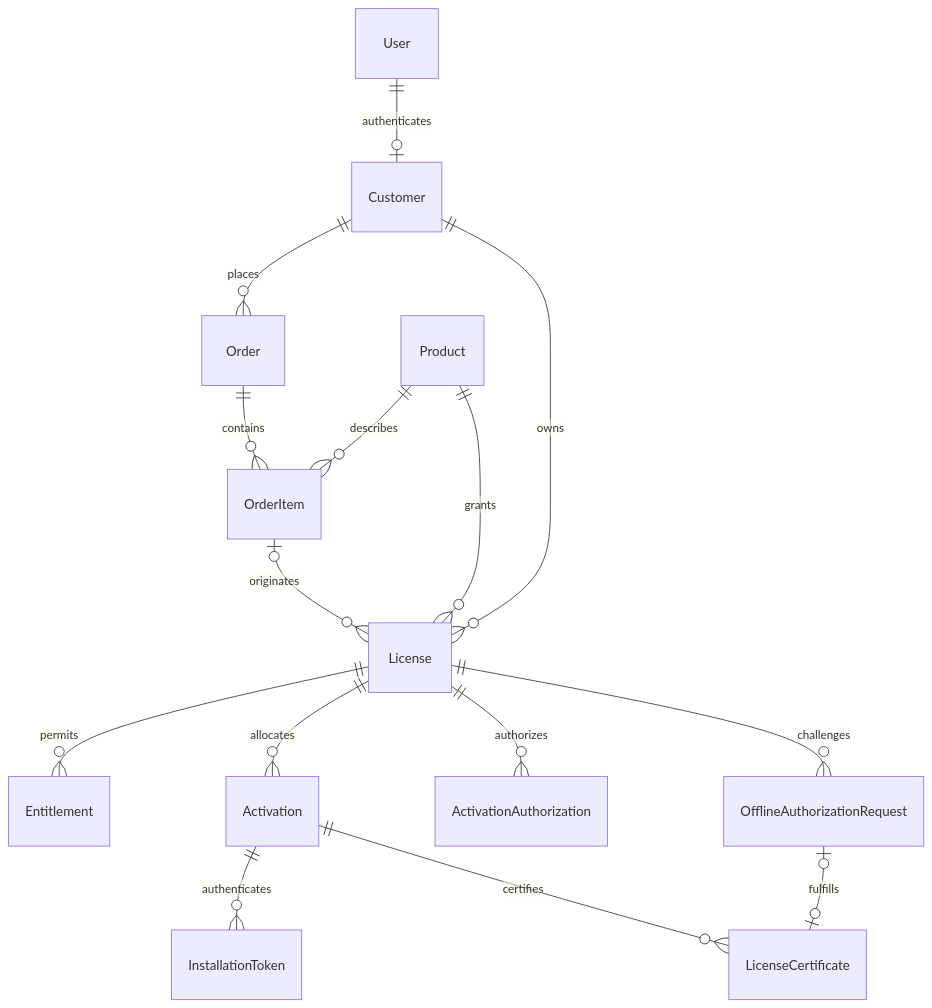
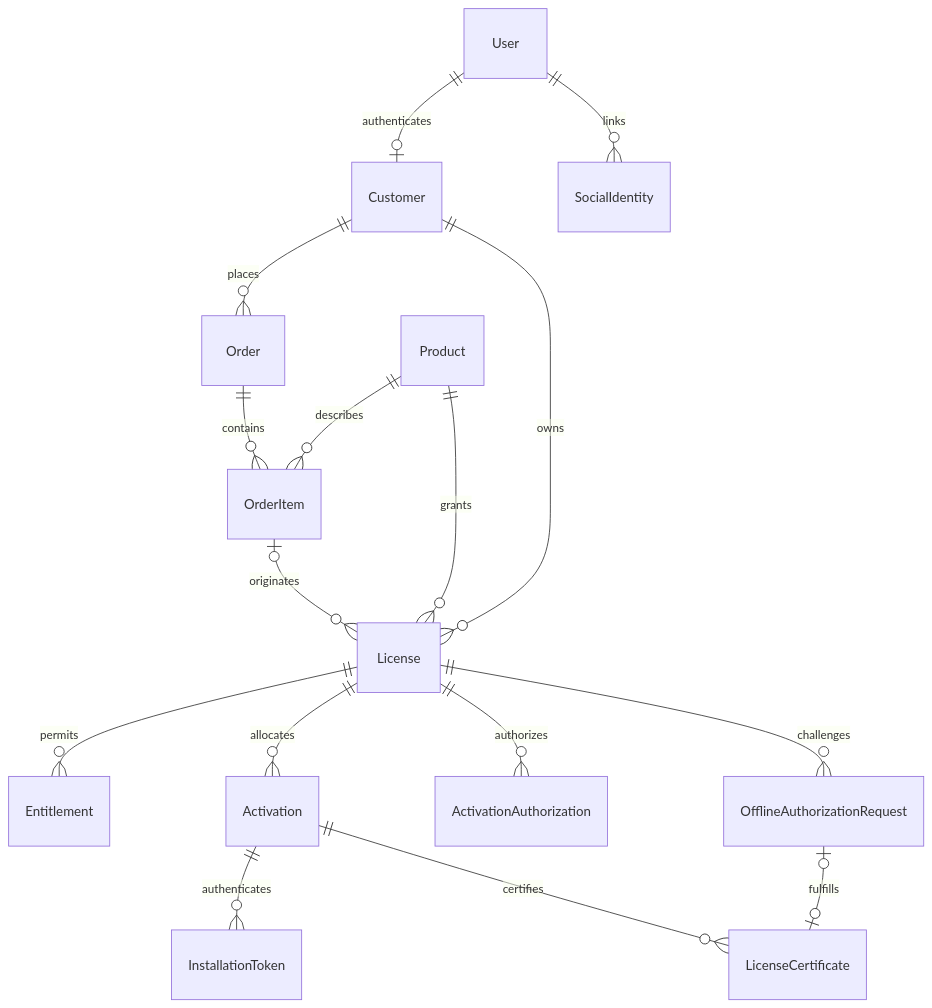
Before and after one commit to aboerstra/soundmine_platform: the diagram in docs/architecture.md, drawn with Mermaid. The commit also changed other lines of this file and 19 other files, not shown here.

````diff
--- a/docs/architecture.md
+++ b/docs/architecture.md
@@ -22,17 +22,18 @@
 ```mermaid
 erDiagram
     User ||--o| Customer : authenticates
+    User ||--o{ SocialIdentity : links
     Customer ||--o{ Order : places
     Order ||--o{ OrderItem : contains
     Product ||--o{ OrderItem : describes
     Customer ||--o{ License : owns
     Product ||--o{ License : grants
     OrderItem o|--o{ License : originates
     License ||--o{ Entitlement : permits
     License ||--o{ Activation : allocates
     License ||--o{ ActivationAuthorization : authorizes
     Activation ||--o{ InstallationToken : authenticates
     License ||--o{ OfflineAuthorizationRequest : challenges
     Activation ||--o{ LicenseCertificate : certifies
     OfflineAuthorizationRequest o|--o| LicenseCertificate : fulfills
 ```
````
